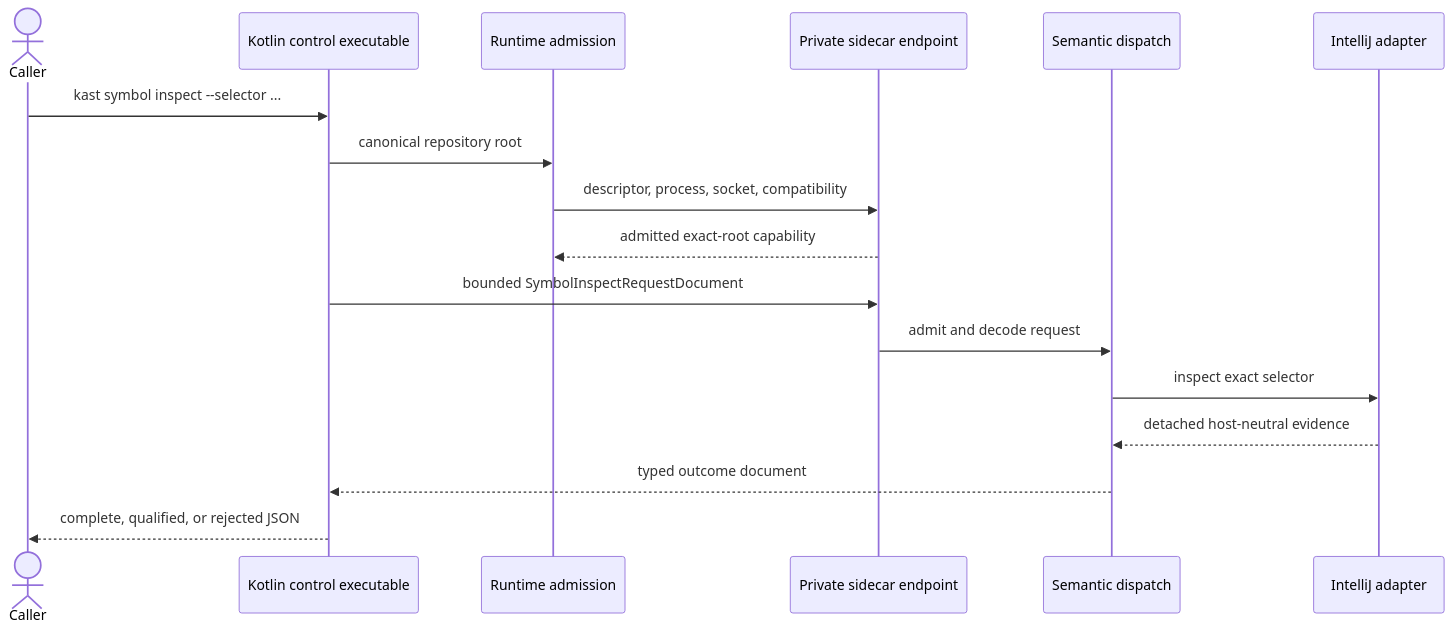
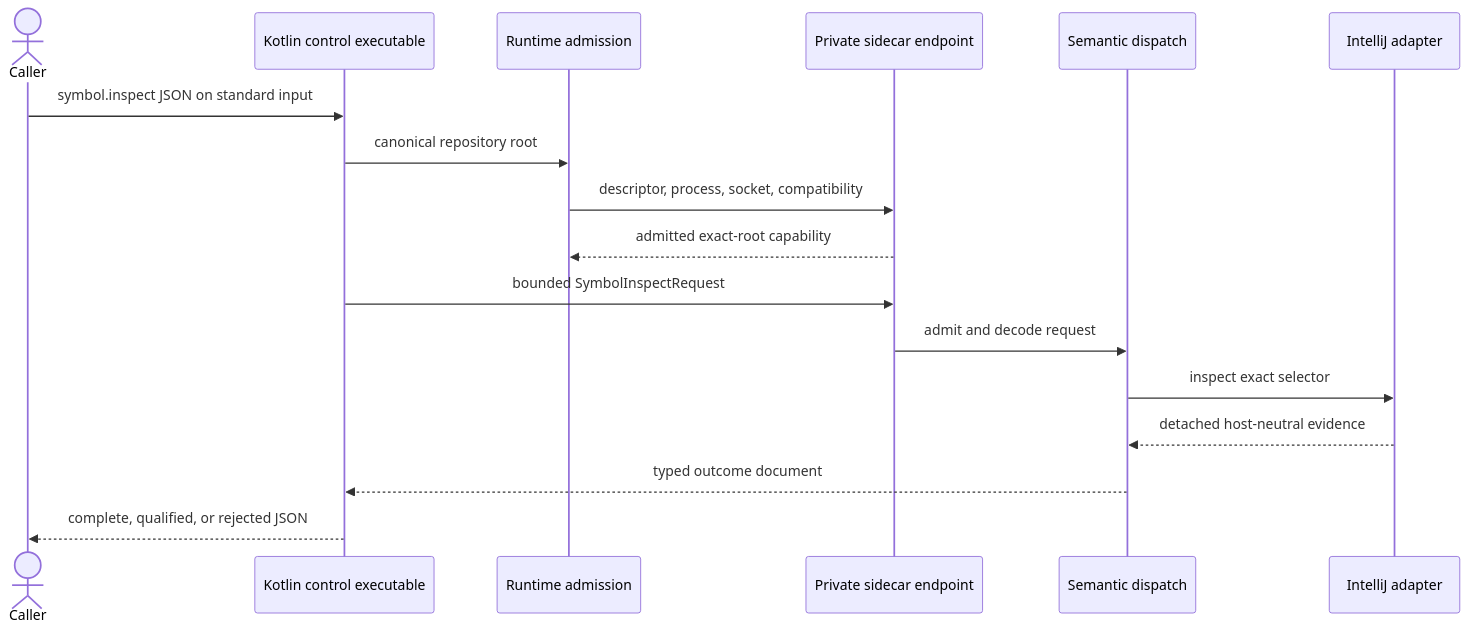
One commit to amichne/kast changed the first of 2 diagrams in docs/public/explanation/how-kast-works.mdx. Above: the diagram before and after it, drawn with Mermaid. The commit also changed other lines of this file and 70 other files, not shown here.

Commit message:
refactor(cli): unify canonical request models

````diff
--- a/docs/public/explanation/how-kast-works.mdx
+++ b/docs/public/explanation/how-kast-works.mdx
@@ -42,20 +42,20 @@
 ```mermaid placement="top-right" actions={true}
 sequenceDiagram
     actor Caller
     participant CLI as Kotlin control executable
     participant Admission as Runtime admission
     participant Endpoint as Private sidecar endpoint
     participant Dispatch as Semantic dispatch
     participant K2 as IntelliJ adapter
 
-    Caller->>CLI: kast symbol inspect --selector ...
+    Caller->>CLI: symbol.inspect JSON on standard input
     CLI->>Admission: canonical repository root
     Admission->>Endpoint: descriptor, process, socket, compatibility
     Endpoint-->>Admission: admitted exact-root capability
-    CLI->>Endpoint: bounded SymbolInspectRequestDocument
+    CLI->>Endpoint: bounded SymbolInspectRequest
     Endpoint->>Dispatch: admit and decode request
     Dispatch->>K2: inspect exact selector
     K2-->>Dispatch: detached host-neutral evidence
     Dispatch-->>CLI: typed outcome document
     CLI-->>Caller: complete, qualified, or rejected JSON
 ```
````
